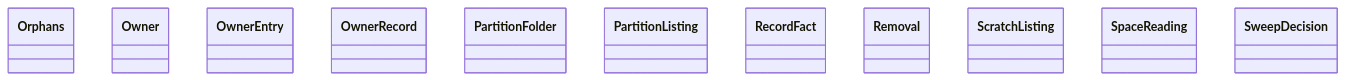
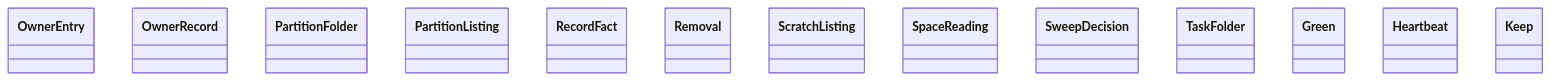
One commit to GonzaloZevallos/agentic-system changed the diagram in docs/architecture/generated/classes-process-domain-machine-2.md. Above: the diagram before and after it, drawn with Mermaid. The commit also changed other lines of this file and 26 other files, not shown here.

First line of the commit message:
Add the stage0 rotation service, its ports and value types

````diff
--- a/docs/architecture/generated/classes-process-domain-machine-2.md
+++ b/docs/architecture/generated/classes-process-domain-machine-2.md
@@ -26,14 +26,16 @@
 ```mermaid
 classDiagram
-    class scratch__Orphans["Orphans"]
-    class scratch__Owner["Owner"]
     class scratch__OwnerEntry["OwnerEntry"]
     class scratch__OwnerRecord["OwnerRecord"]
     class scratch__PartitionFolder["PartitionFolder"]
     class scratch__PartitionListing["PartitionListing"]
     class scratch__RecordFact["RecordFact"]
     class scratch__Removal["Removal"]
     class scratch__ScratchListing["ScratchListing"]
     class scratch__SpaceReading["SpaceReading"]
     class scratch__SweepDecision["SweepDecision"]
+    class scratch__TaskFolder["TaskFolder"]
+    class stage0_rotation__Green["Green"]
+    class stage0_rotation__Heartbeat["Heartbeat"]
+    class stage0_rotation__Keep["Keep"]
 ```
````
